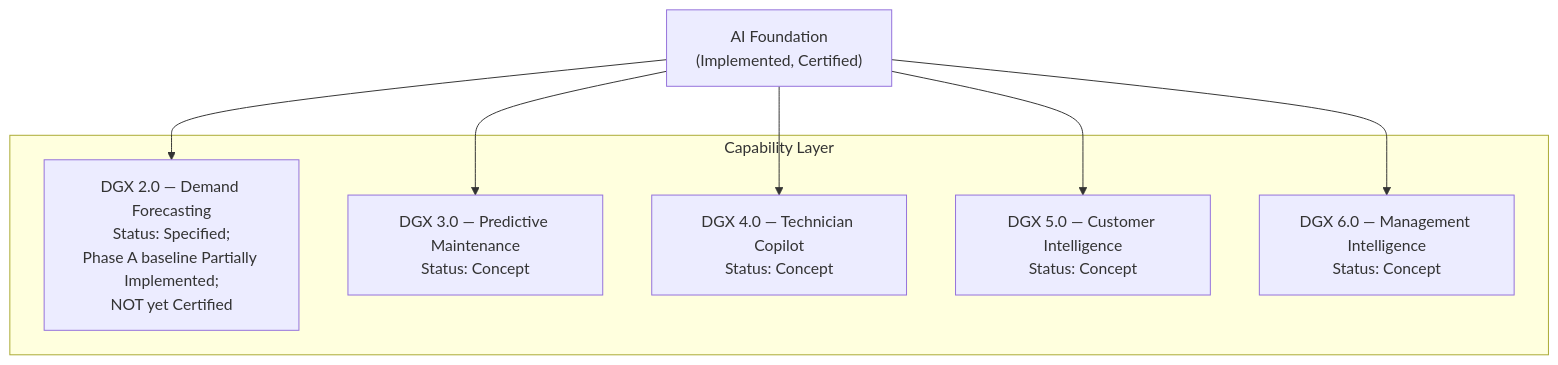
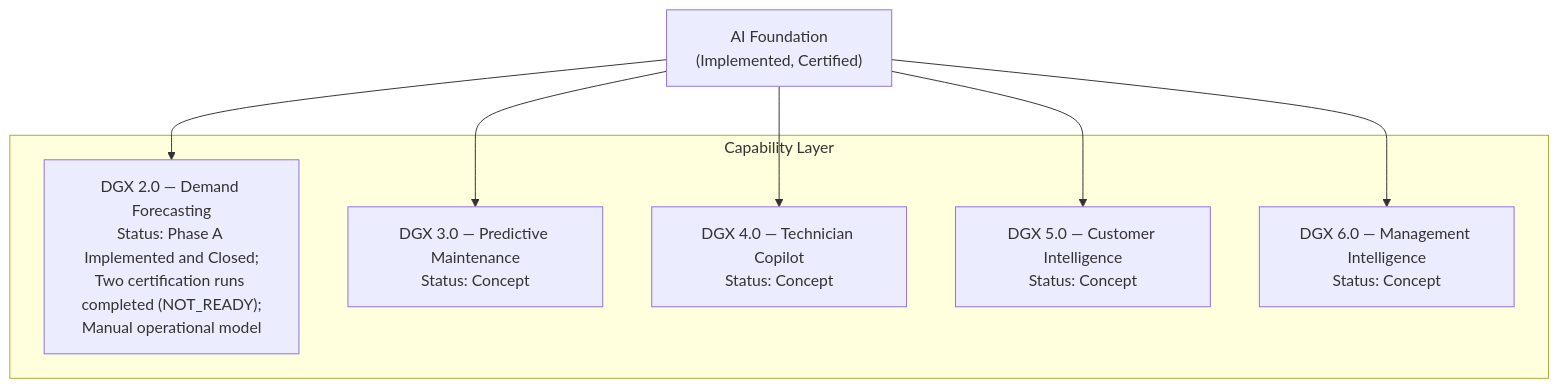
Before and after one commit to husseizo/GSL2026: the third of 7 diagrams in docs/architecture/AIOS_REFERENCE_ARCHITECTURE_V1.md, drawn with Mermaid. The commit also changed other lines of this file and 6 other files, not shown here.

First line of the commit message:
docs: reconcile AIOS roadmap and DGX2 Phase A status

````diff
--- a/docs/architecture/AIOS_REFERENCE_ARCHITECTURE_V1.md
+++ b/docs/architecture/AIOS_REFERENCE_ARCHITECTURE_V1.md
@@ -115,18 +115,18 @@
 ```mermaid
 flowchart TB
     FOUND["AI Foundation\n(Implemented, Certified)"]
 
     subgraph L5["Capability Layer"]
-        DGX2["DGX 2.0 — Demand Forecasting\nStatus: Specified;\nPhase A baseline Partially Implemented;\nNOT yet Certified"]
+        DGX2["DGX 2.0 — Demand Forecasting\nStatus: Phase A Implemented and Closed;\nTwo certification runs completed (NOT_READY);\nManual operational model"]
         DGX3["DGX 3.0 — Predictive Maintenance\nStatus: Concept"]
         DGX4["DGX 4.0 — Technician Copilot\nStatus: Concept"]
         DGX5["DGX 5.0 — Customer Intelligence\nStatus: Concept"]
         DGX6["DGX 6.0 — Management Intelligence\nStatus: Concept"]
     end
 
     FOUND --> DGX2
     FOUND --> DGX3
     FOUND --> DGX4
     FOUND --> DGX5
     FOUND --> DGX6
 ```
````
